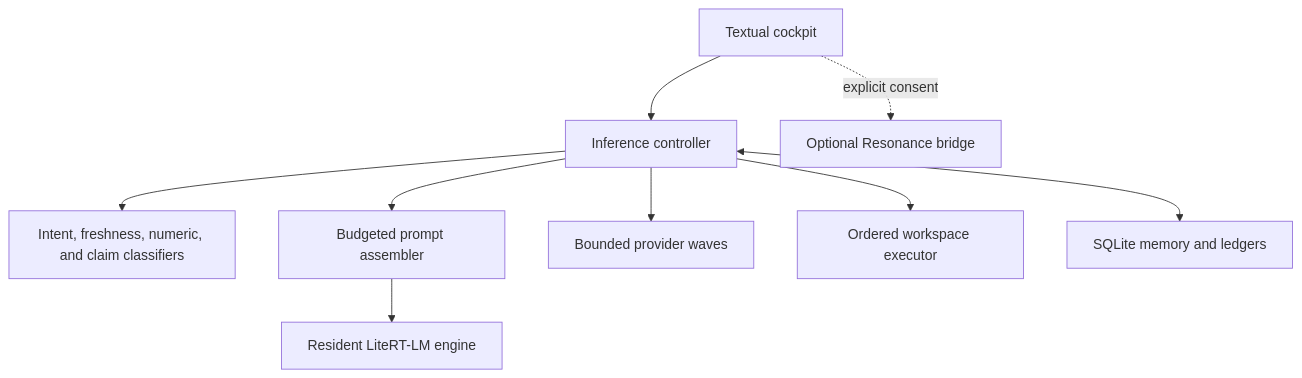
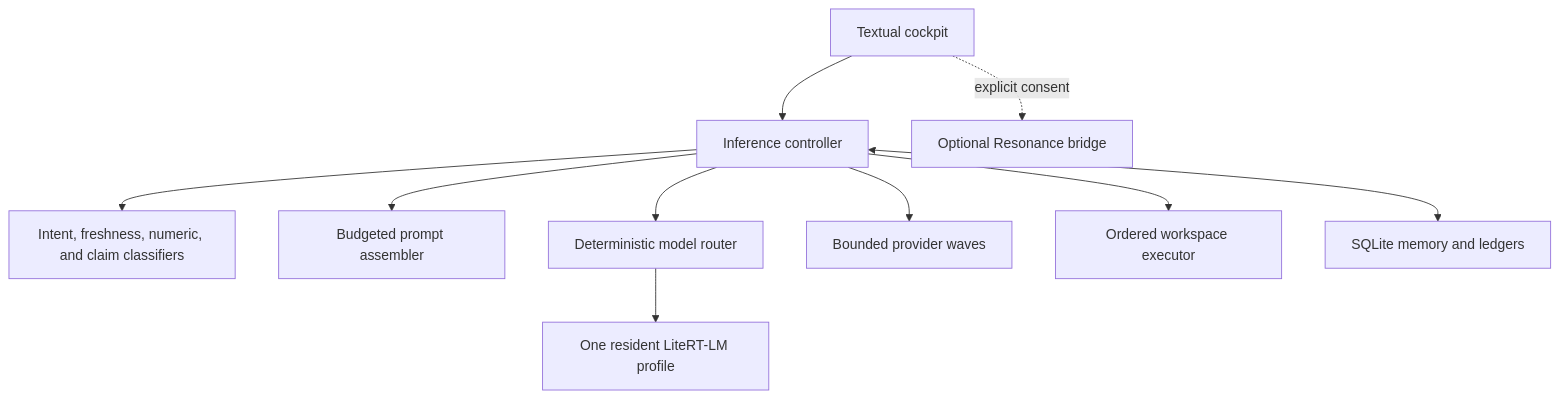
Before and after one commit to u8450677247-cmd/Project-InterMix: the first of 2 diagrams in docs/ARCHITECTURE.md, drawn with Mermaid. The commit also changed other lines of this file and 20 other files, not shown here.

Commit message:
feat: add one-resident dual-model foundation

````diff
--- a/docs/ARCHITECTURE.md
+++ b/docs/ARCHITECTURE.md
@@ -7,11 +7,12 @@
 ```mermaid
 flowchart TD
     UI["Textual cockpit"] --> CTRL["Inference controller"]
     CTRL --> INTENT["Intent, freshness, numeric, and claim classifiers"]
     CTRL --> PROMPT["Budgeted prompt assembler"]
-    PROMPT --> ENGINE["Resident LiteRT-LM engine"]
+    CTRL --> ROUTER["Deterministic model router"]
+    ROUTER --> ENGINE["One resident LiteRT-LM profile"]
     CTRL --> WEB["Bounded provider waves"]
     CTRL --> AGENT["Ordered workspace executor"]
     CTRL <--> DB["SQLite memory and ledgers"]
     UI -. explicit consent .-> AUDIO["Optional Resonance bridge"]
 ```
````
